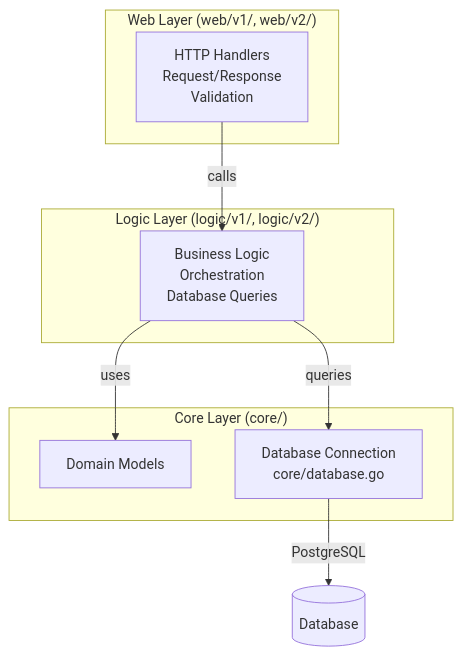
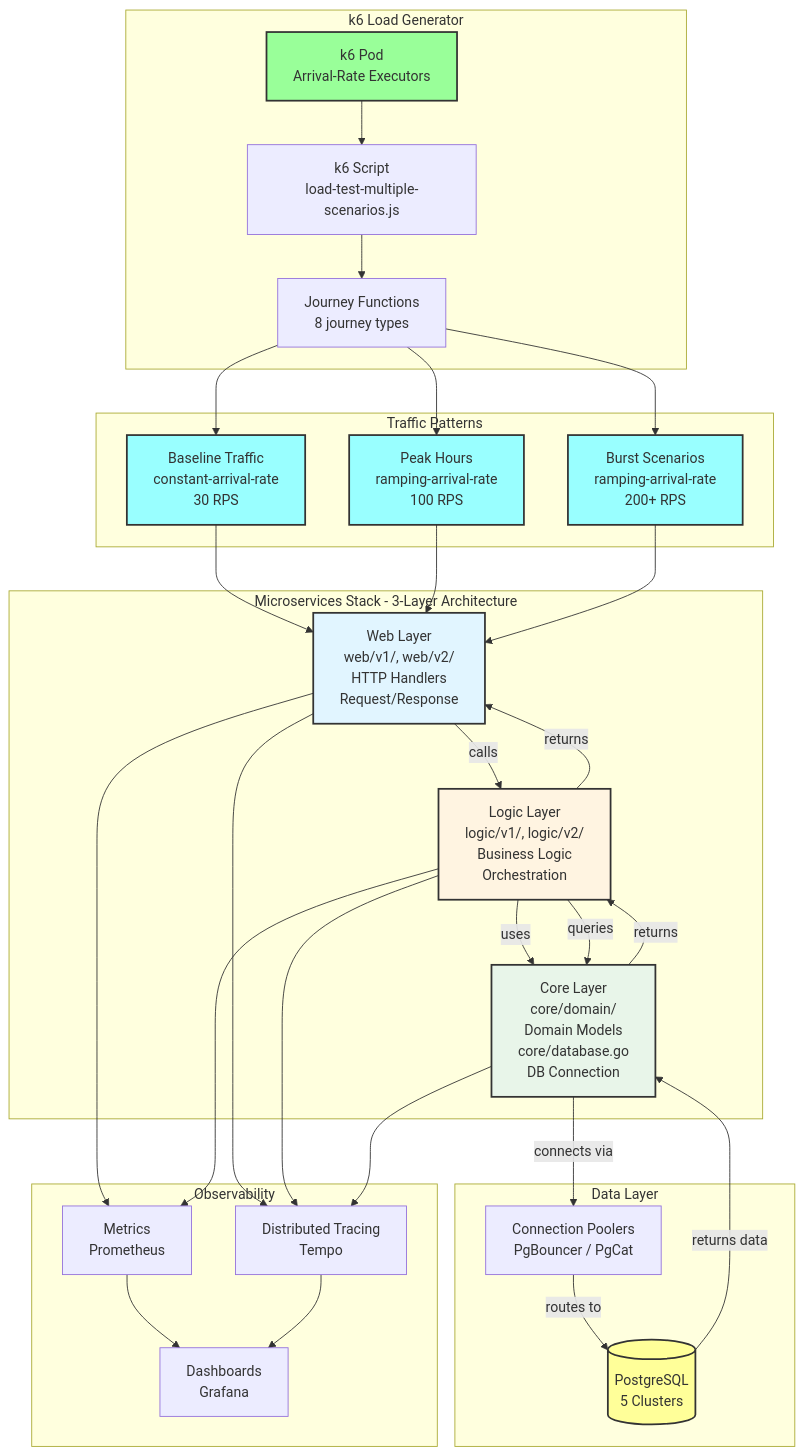
The diagram in README.md (duynhlab/homelab), drawn with Mermaid before and after one commit. The commit also changed other lines of this file and 1 other file, not shown here.

````diff
--- a/README.md
+++ b/README.md
@@ -65,20 +65,70 @@
 ```mermaid
-flowchart TD
-    subgraph Web["Web Layer (web/v1/, web/v2/)"]
-        Handler[HTTP Handlers<br/>Request/Response<br/>Validation]
+flowchart TB
+    subgraph "k6 Load Generator"
+        K6[k6 Pod<br/>Arrival-Rate Executors]
+        Script[k6 Script<br/>load-test-multiple-scenarios.js]
+        Journeys[Journey Functions<br/>8 journey types]
     end
     
-    subgraph Logic["Logic Layer (logic/v1/, logic/v2/)"]
-        Service[Business Logic<br/>Orchestration<br/>Database Queries]
+    subgraph "Traffic Patterns"
+        Baseline[Baseline Traffic<br/>constant-arrival-rate<br/>30 RPS]
+        Peak[Peak Hours<br/>ramping-arrival-rate<br/>100 RPS]
+        Burst[Burst Scenarios<br/>ramping-arrival-rate<br/>200+ RPS]
     end
     
-    subgraph Core["Core Layer (core/)"]
-        Domain[Domain Models]
-        Database[Database Connection<br/>core/database.go]
+    subgraph "Microservices Stack - 3-Layer Architecture"
+        Web[Web Layer<br/>web/v1/, web/v2/<br/>HTTP Handlers<br/>Request/Response]
+        Logic[Logic Layer<br/>logic/v1/, logic/v2/<br/>Business Logic<br/>Orchestration]
+        Core[Core Layer<br/>core/domain/<br/>Domain Models<br/>core/database.go<br/>DB Connection]
     end
     
-    Handler -->|calls| Service
-    Service -->|uses| Domain
-    Service -->|queries| Database
-    Database -->|PostgreSQL| DB[(Database)]
+    subgraph "Data Layer"
+        Pooler[Connection Poolers<br/>PgBouncer / PgCat]
+        Database[(PostgreSQL<br/>5 Clusters)]
+    end
+    
+    subgraph "Observability"
+        Tempo[Distributed Tracing<br/>Tempo]
+        Prometheus[Metrics<br/>Prometheus]
+        Grafana[Dashboards<br/>Grafana]
+    end
+    
+    K6 --> Script
+    Script --> Journeys
+    
+    Journeys --> Baseline
+    Journeys --> Peak
+    Journeys --> Burst
+    
+    Baseline --> Web
+    Peak --> Web
+    Burst --> Web
+    
+    Web -->|calls| Logic
+    Logic -->|uses| Core
+    Logic -->|queries| Core
+    Core -->|connects via| Pooler
+    Pooler -->|routes to| Database
+    Database -->|returns data| Core
+    Core -->|returns| Logic
+    Logic -->|returns| Web
+    
+    Web --> Tempo
+    Logic --> Tempo
+    Core --> Tempo
+    
+    Web --> Prometheus
+    Logic --> Prometheus
+    
+    Prometheus --> Grafana
+    Tempo --> Grafana
+    
+    style K6 fill:#9f9,stroke:#333,stroke-width:2px
+    style Baseline fill:#9ff,stroke:#333,stroke-width:2px
+    style Peak fill:#9ff,stroke:#333,stroke-width:2px
+    style Burst fill:#9ff,stroke:#333,stroke-width:2px
+    style Web fill:#e1f5ff,stroke:#333,stroke-width:2px
+    style Logic fill:#fff4e1,stroke:#333,stroke-width:2px
+    style Core fill:#e8f5e9,stroke:#333,stroke-width:2px
+    style Database fill:#ff9,stroke:#333,stroke-width:2px
 ```
````
